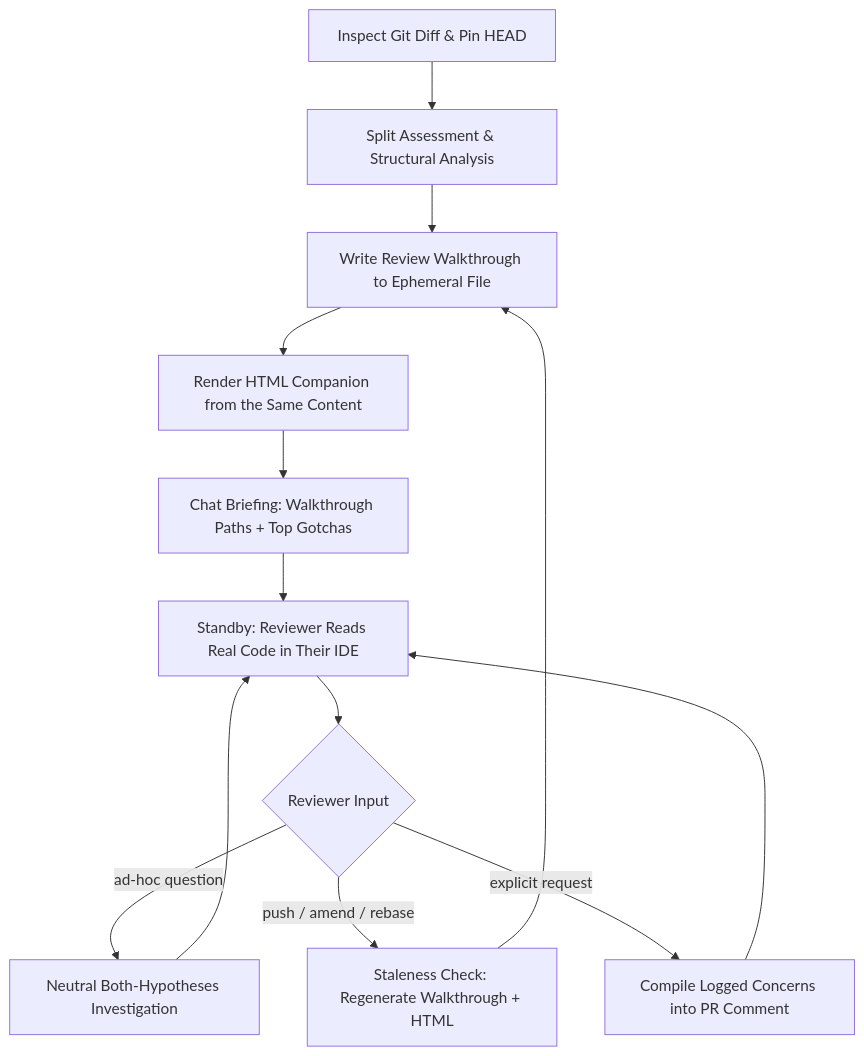
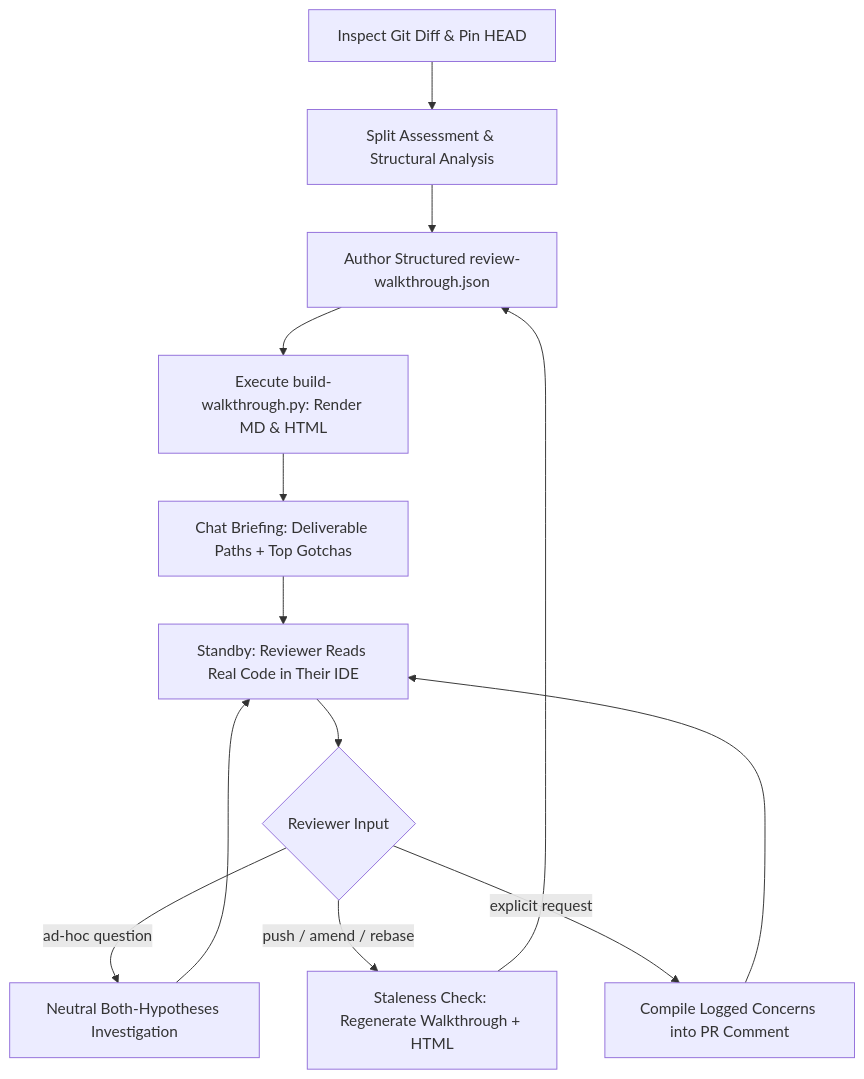
One commit to SMhdAsadi/my-skills changed the diagram in skills/review-walkthrough/README.md. Above: the diagram before and after it, drawn with Mermaid. The commit also changed other lines of this file and 5 other files, not shown here.

Commit message:
feat(review-walkthrough): update workflow, documentation, and bump version to v3.0.0 (Ticket 04)

````diff
--- a/skills/review-walkthrough/README.md
+++ b/skills/review-walkthrough/README.md
@@ -79,15 +77,15 @@
 ```mermaid
 flowchart TD
     A[Inspect Git Diff & Pin HEAD] --> B[Split Assessment & Structural Analysis]
-    B --> C[Write Review Walkthrough to Ephemeral File]
-    C --> C2[Render HTML Companion from the Same Content]
-    C2 --> D[Chat Briefing: Walkthrough Paths + Top Gotchas]
+    B --> C[Author Structured review-walkthrough.json]
+    C --> C2[Execute build-walkthrough.py: Render MD & HTML]
+    C2 --> D[Chat Briefing: Deliverable Paths + Top Gotchas]
     D --> E[Standby: Reviewer Reads Real Code in Their IDE]
     E --> F{Reviewer Input}
     F -- "ad-hoc question" --> G[Neutral Both-Hypotheses Investigation]
     G --> E
     F -- "push / amend / rebase" --> H[Staleness Check: Regenerate Walkthrough + HTML]
     H --> C
     F -- "explicit request" --> I[Compile Logged Concerns into PR Comment]
     I --> E
 ```
````
